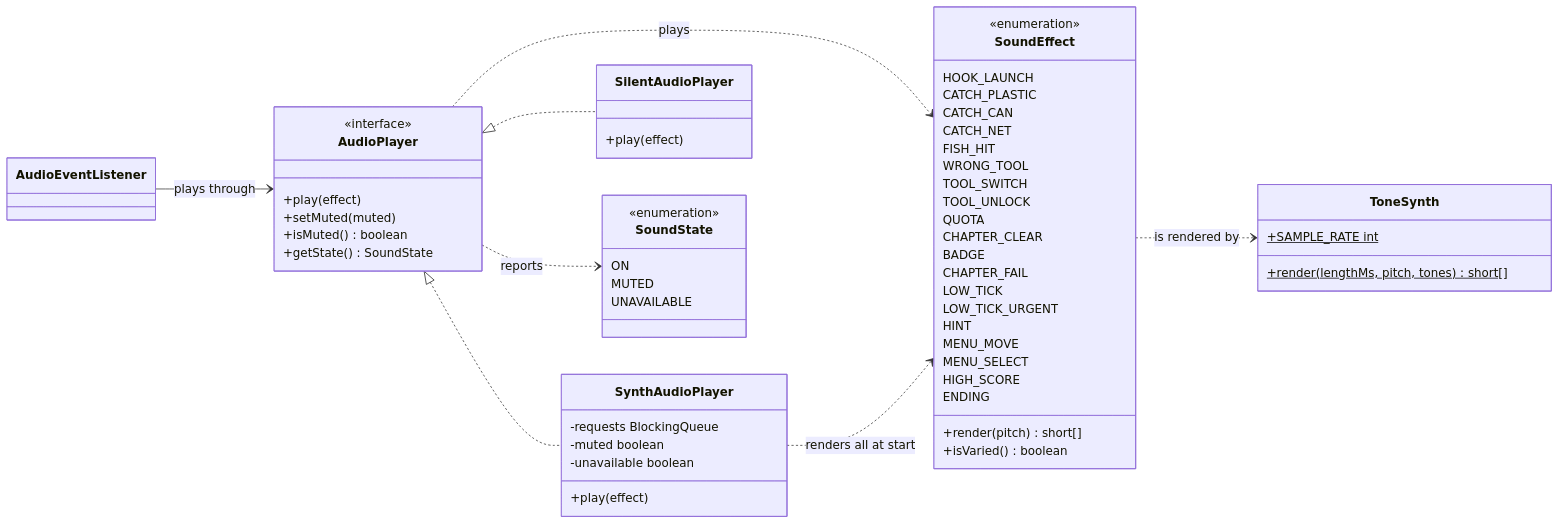
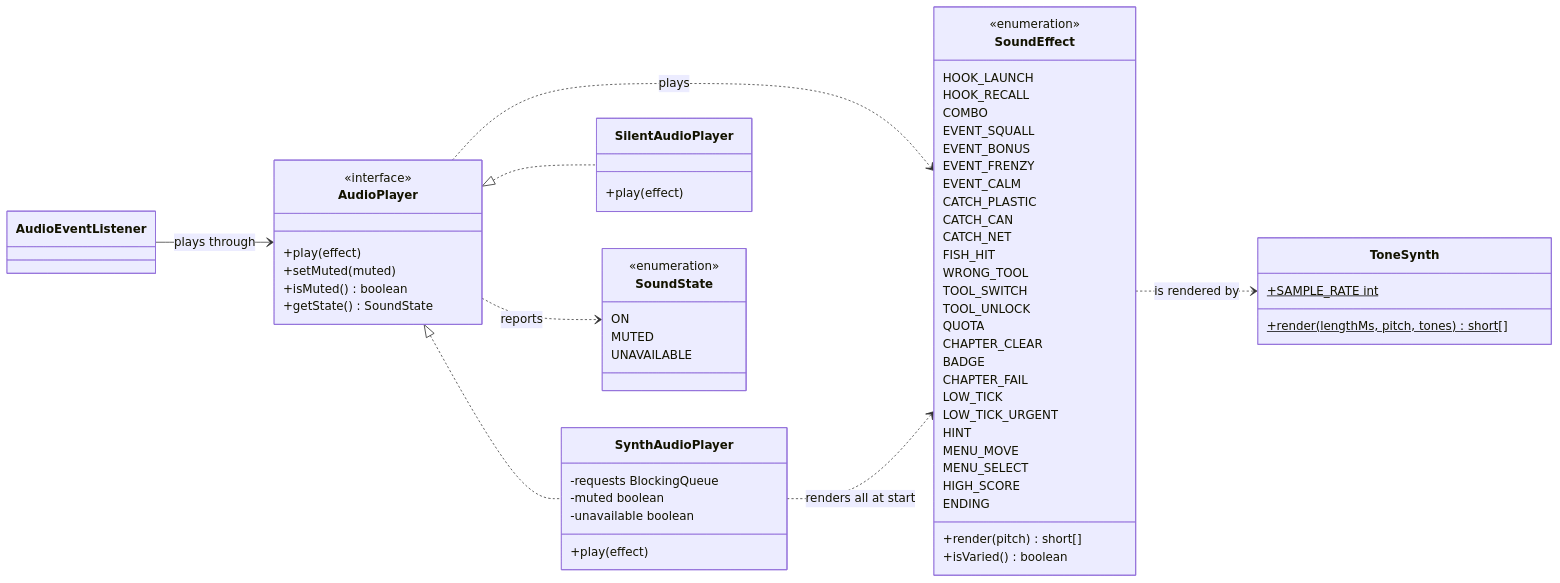
Before and after one commit to NJJAV33/Fish2trash: the sixth of 7 diagrams in docs/class-diagram.md, drawn with Mermaid. The commit also changed other lines of this file and 30 other files, not shown here.

````diff
--- a/docs/class-diagram.md
+++ b/docs/class-diagram.md
@@ -934,70 +964,76 @@
 ```mermaid
 classDiagram
     direction LR
 
     class SoundEffect {
         <<enumeration>>
         HOOK_LAUNCH
+        HOOK_RECALL
+        COMBO
+        EVENT_SQUALL
+        EVENT_BONUS
+        EVENT_FRENZY
+        EVENT_CALM
         CATCH_PLASTIC
         CATCH_CAN
         CATCH_NET
         FISH_HIT
         WRONG_TOOL
         TOOL_SWITCH
         TOOL_UNLOCK
         QUOTA
         CHAPTER_CLEAR
         BADGE
         CHAPTER_FAIL
         LOW_TICK
         LOW_TICK_URGENT
         HINT
         MENU_MOVE
         MENU_SELECT
         HIGH_SCORE
         ENDING
         +render(pitch) short[]
         +isVaried() boolean
     }
 
     class ToneSynth {
         +SAMPLE_RATE int$
         +render(lengthMs, pitch, tones)$ short[]
     }
 
     class AudioPlayer {
         <<interface>>
         +play(effect)
         +setMuted(muted)
         +isMuted() boolean
         +getState() SoundState
     }
 
     class SynthAudioPlayer {
         -requests BlockingQueue
         -muted boolean
         -unavailable boolean
         +play(effect)
     }
 
     class SilentAudioPlayer {
         +play(effect)
     }
 
     class AudioEventListener
 
     class SoundState {
         <<enumeration>>
         ON
         MUTED
         UNAVAILABLE
     }
 
     SoundEffect ..> ToneSynth : is rendered by
     AudioPlayer <|.. SynthAudioPlayer
     AudioPlayer <|.. SilentAudioPlayer
     AudioPlayer ..> SoundEffect : plays
     AudioPlayer ..> SoundState : reports
     AudioEventListener --> AudioPlayer : plays through
     SynthAudioPlayer ..> SoundEffect : renders all at start
 ```
````
